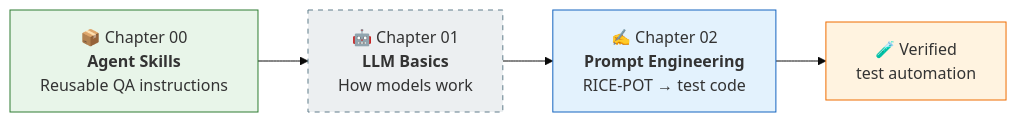
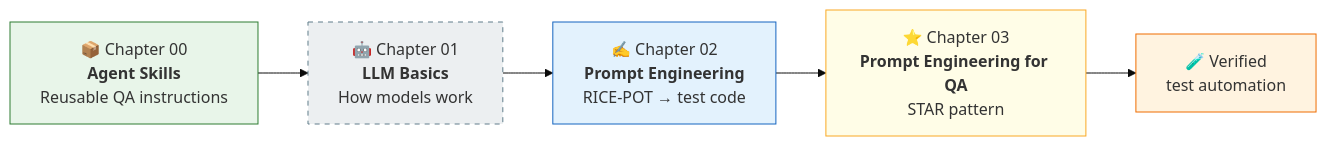
One commit to Tush783/AITesterBlueprint5X changed the first of 4 diagrams in README.md. Above: the diagram before and after it, drawn with Mermaid (base theme). The commit also changed other lines of this file and 2 other files, not shown here.

First line of the commit message:
Add anti-hallucination rules, start Chapter 03 STAR prompt, update README

````diff
--- a/README.md
+++ b/README.md
@@ -87,14 +89,16 @@
 ```mermaid
 flowchart LR
     C0["📦 Chapter 00<br/><b>Agent Skills</b><br/>Reusable QA instructions"]
     C1["🤖 Chapter 01<br/><b>LLM Basics</b><br/>How models work"]
     C2["✍️ Chapter 02<br/><b>Prompt Engineering</b><br/>RICE-POT → test code"]
+    C3["⭐ Chapter 03<br/><b>Prompt Engineering for QA</b><br/>STAR pattern"]
     OUT["🧪 Verified<br/>test automation"]
 
-    C0 --> C1 --> C2 --> OUT
+    C0 --> C1 --> C2 --> C3 --> OUT
 
     style C0 fill:#e8f5e9,stroke:#2e7d32
     style C1 fill:#eceff1,stroke:#607d8b,stroke-dasharray: 5 5
     style C2 fill:#e3f2fd,stroke:#1565c0
+    style C3 fill:#fffde7,stroke:#f9a825
     style OUT fill:#fff3e0,stroke:#ef6c00
 ```
````
